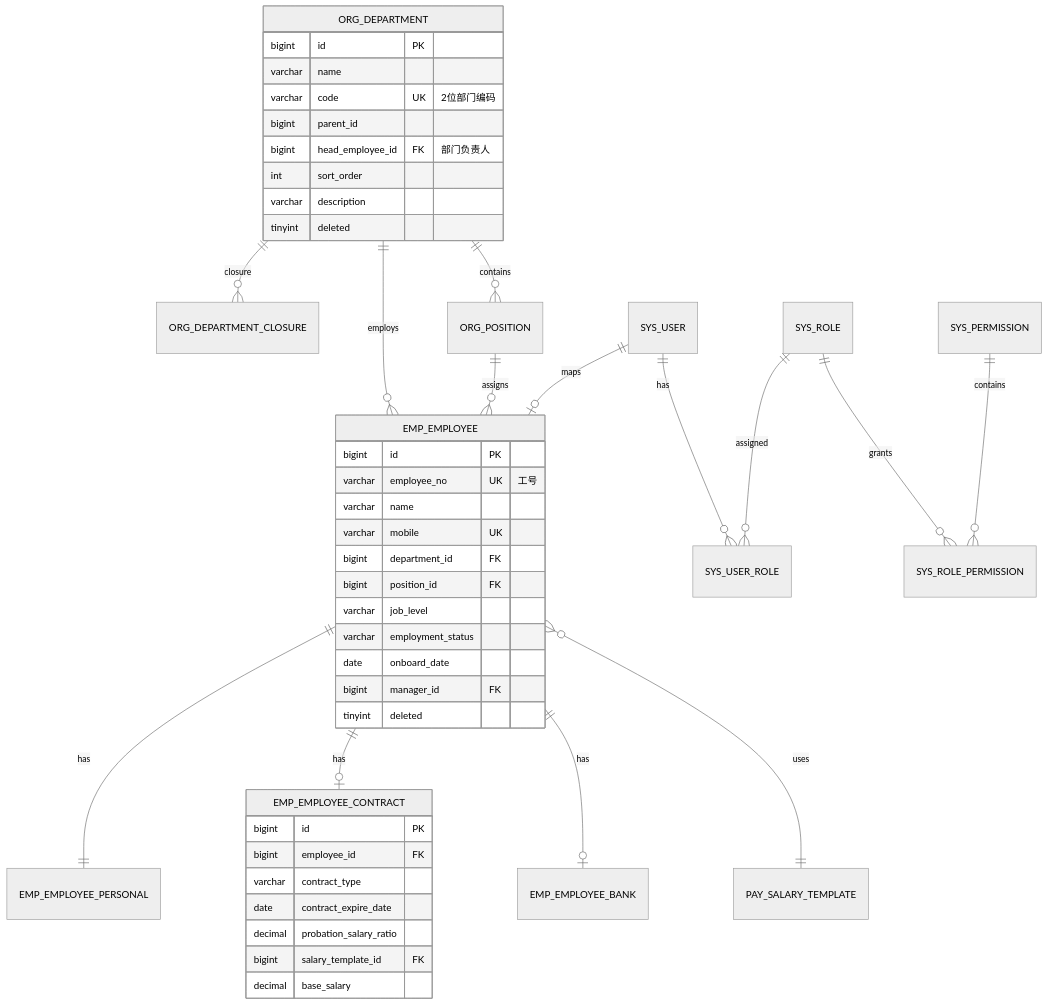
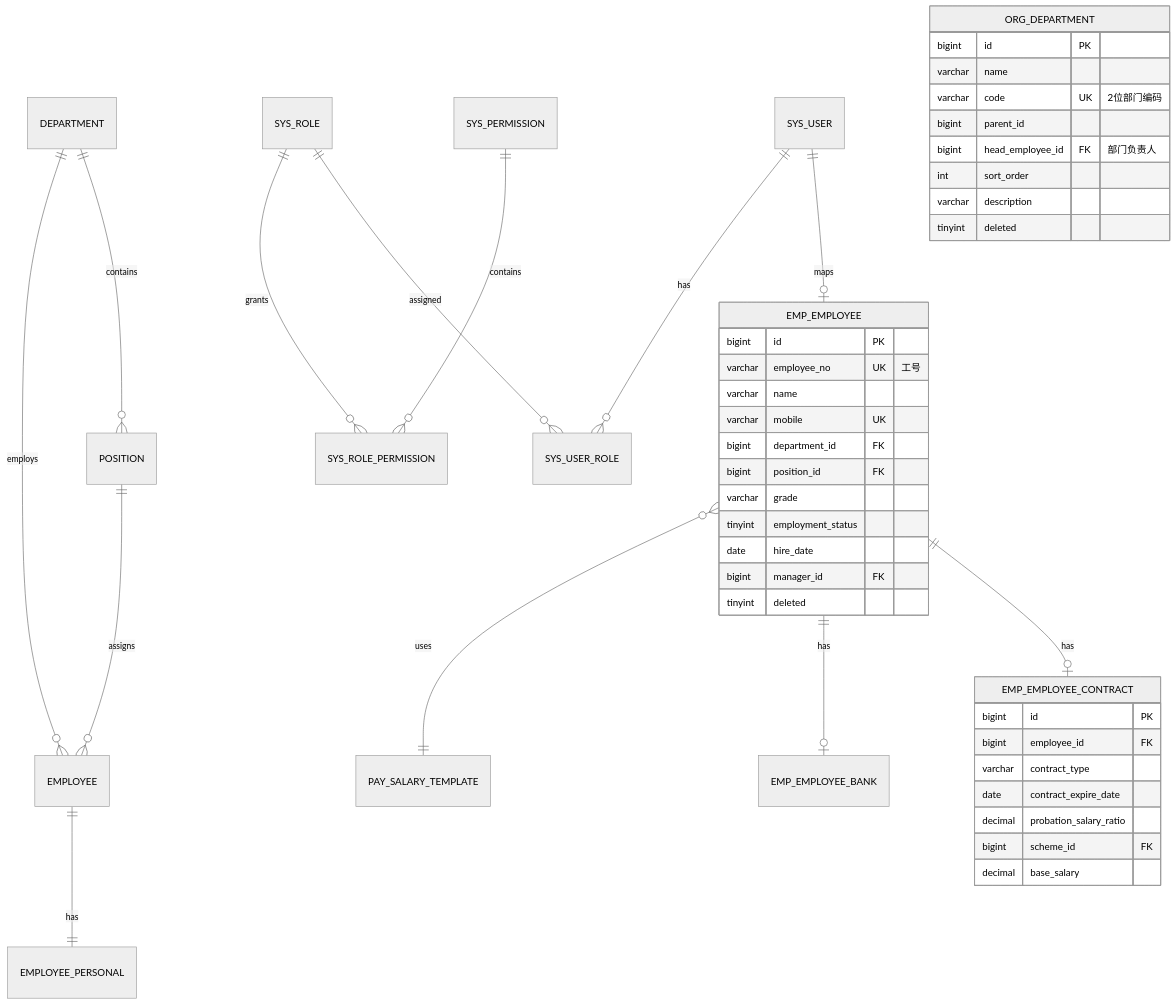
One commit to fwl623/hrmini changed diagram 16 of 16 in HRMS-Backend-System-Design.md. Above: the diagram before and after it, drawn with Mermaid (neutral theme). The commit also changed other lines of this file and 15 other files, not shown here.

````diff
--- a/HRMS-Backend-System-Design.md
+++ b/HRMS-Backend-System-Design.md
@@ -3281,53 +3436,52 @@
 ```mermaid
 erDiagram
-    ORG_DEPARTMENT ||--o{ ORG_DEPARTMENT_CLOSURE : closure
-    ORG_DEPARTMENT ||--o{ ORG_POSITION : contains
-    ORG_DEPARTMENT ||--o{ EMP_EMPLOYEE : employs
-    ORG_POSITION ||--o{ EMP_EMPLOYEE : assigns
+    DEPARTMENT ||--o{ POSITION : contains
+    DEPARTMENT ||--o{ EMPLOYEE : employs
+    POSITION ||--o{ EMPLOYEE : assigns
 
-    EMP_EMPLOYEE ||--|| EMP_EMPLOYEE_PERSONAL : has
+    EMPLOYEE ||--|| EMPLOYEE_PERSONAL : has
     EMP_EMPLOYEE ||--o| EMP_EMPLOYEE_CONTRACT : has
     EMP_EMPLOYEE ||--o| EMP_EMPLOYEE_BANK : has
     EMP_EMPLOYEE }o--|| PAY_SALARY_TEMPLATE : uses
 
     SYS_USER ||--o| EMP_EMPLOYEE : maps
     SYS_USER ||--o{ SYS_USER_ROLE : has
     SYS_ROLE ||--o{ SYS_USER_ROLE : assigned
     SYS_ROLE ||--o{ SYS_ROLE_PERMISSION : grants
     SYS_PERMISSION ||--o{ SYS_ROLE_PERMISSION : contains
 
     ORG_DEPARTMENT {
         bigint id PK
         varchar name
         varchar code UK "2位部门编码"
         bigint parent_id
         bigint head_employee_id FK "部门负责人"
         int sort_order
         varchar description
         tinyint deleted
     }
 
     EMP_EMPLOYEE {
         bigint id PK
         varchar employee_no UK "工号"
         varchar name
         varchar mobile UK
         bigint department_id FK
         bigint position_id FK
-        varchar job_level
-        varchar employment_status
-        date onboard_date
+        varchar grade
+        tinyint employment_status
+        date hire_date
         bigint manager_id FK
         tinyint deleted
     }
 
     EMP_EMPLOYEE_CONTRACT {
         bigint id PK
         bigint employee_id FK
         varchar contract_type
         date contract_expire_date
         decimal probation_salary_ratio
-        bigint salary_template_id FK
+        bigint scheme_id FK
         decimal base_salary
     }
 ```
````
